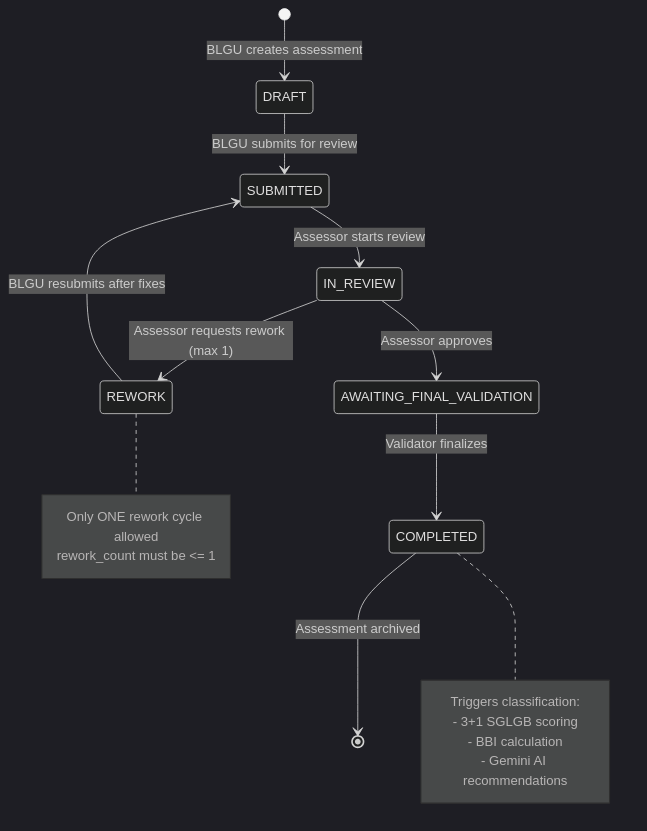
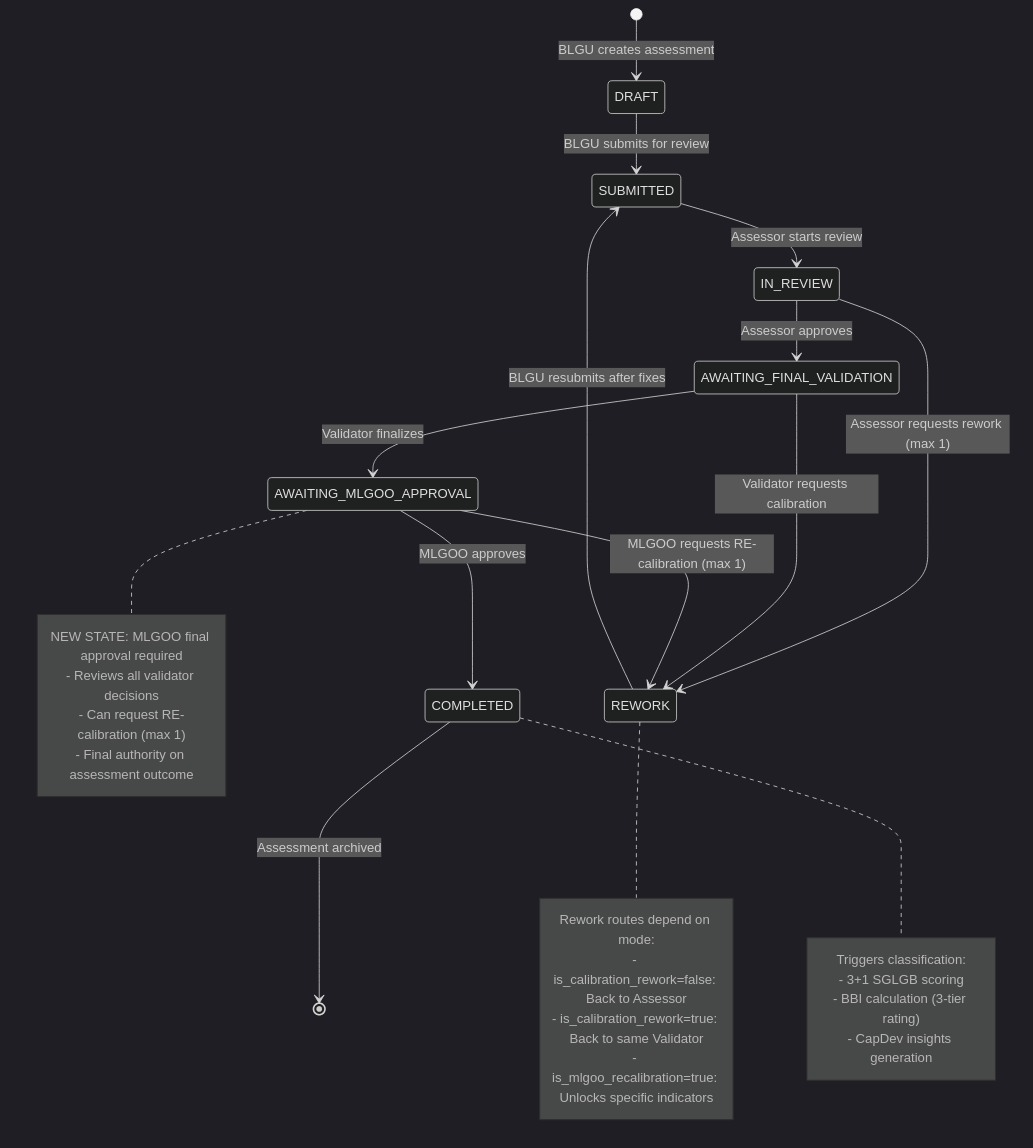
Before and after one commit to generyand/sinag: the fourth of 8 diagrams in docs/architecture/database-schema.md, drawn with Mermaid (dark theme). The commit also changed other lines of this file and 9 other files, not shown here.

First line of the commit message:
docs: Update architecture documentation and clean up stale files

````diff
--- a/docs/architecture/database-schema.md
+++ b/docs/architecture/database-schema.md
@@ -441,23 +496,35 @@
 ```mermaid
 stateDiagram-v2
     [*] --> DRAFT: BLGU creates assessment
     DRAFT --> SUBMITTED: BLGU submits for review
     SUBMITTED --> IN_REVIEW: Assessor starts review
     IN_REVIEW --> REWORK: Assessor requests rework (max 1)
     IN_REVIEW --> AWAITING_FINAL_VALIDATION: Assessor approves
     REWORK --> SUBMITTED: BLGU resubmits after fixes
-    AWAITING_FINAL_VALIDATION --> COMPLETED: Validator finalizes
+    AWAITING_FINAL_VALIDATION --> REWORK: Validator requests calibration
+    AWAITING_FINAL_VALIDATION --> AWAITING_MLGOO_APPROVAL: Validator finalizes
+    AWAITING_MLGOO_APPROVAL --> REWORK: MLGOO requests RE-calibration (max 1)
+    AWAITING_MLGOO_APPROVAL --> COMPLETED: MLGOO approves
     COMPLETED --> [*]: Assessment archived
 
     note right of REWORK
-        Only ONE rework cycle allowed
-        rework_count must be <= 1
+        Rework routes depend on mode:
+        - is_calibration_rework=false: Back to Assessor
+        - is_calibration_rework=true: Back to same Validator
+        - is_mlgoo_recalibration=true: Unlocks specific indicators
+    end note
+
+    note right of AWAITING_MLGOO_APPROVAL
+        NEW STATE: MLGOO final approval required
+        - Reviews all validator decisions
+        - Can request RE-calibration (max 1)
+        - Final authority on assessment outcome
     end note
 
     note right of COMPLETED
         Triggers classification:
         - 3+1 SGLGB scoring
-        - BBI calculation
-        - Gemini AI recommendations
+        - BBI calculation (3-tier rating)
+        - CapDev insights generation
     end note
 ```
````
